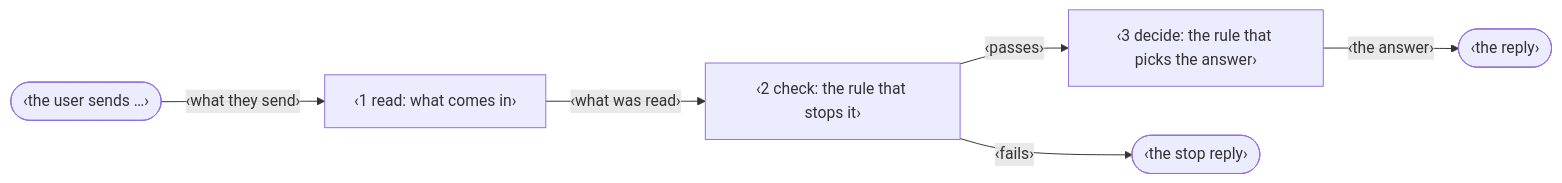
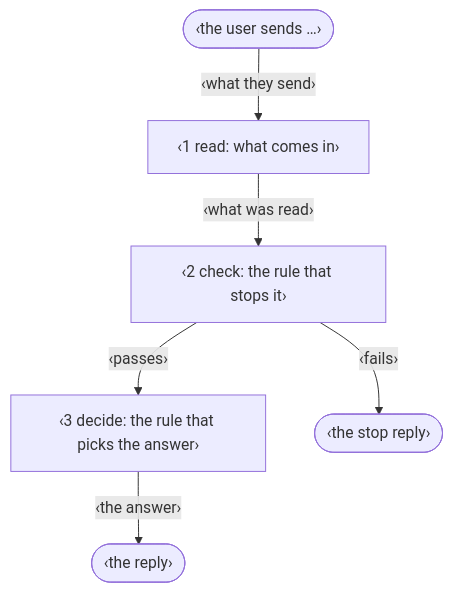
Before and after one commit to a1noh/kick-off: the diagram in .claude/skills/discovery/templates/spec.md, drawn with Mermaid. The commit also changed 2 other files, not shown here.

Commit message:
diagrams top to bottom (readable in the VS Code preview)

````diff
--- a/.claude/skills/discovery/templates/spec.md
+++ b/.claude/skills/discovery/templates/spec.md
@@ -35,15 +35,15 @@
 ```mermaid
-flowchart LR
+flowchart TD
   IN(["‹the user sends …›"])
   A["‹1 read: what comes in›"]
   B["‹2 check: the rule that stops it›"]
   C["‹3 decide: the rule that picks the answer›"]
   OUT(["‹the reply›"])
   STOP(["‹the stop reply›"])
 
   IN -- "‹what they send›" --> A
   A -- "‹what was read›" --> B
   B -- "‹passes›" --> C
   B -- "‹fails›" --> STOP
   C -- "‹the answer›" --> OUT
 ```
````
